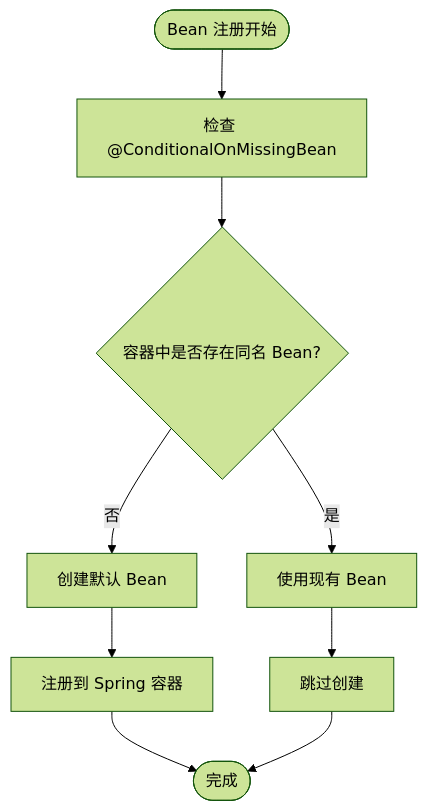
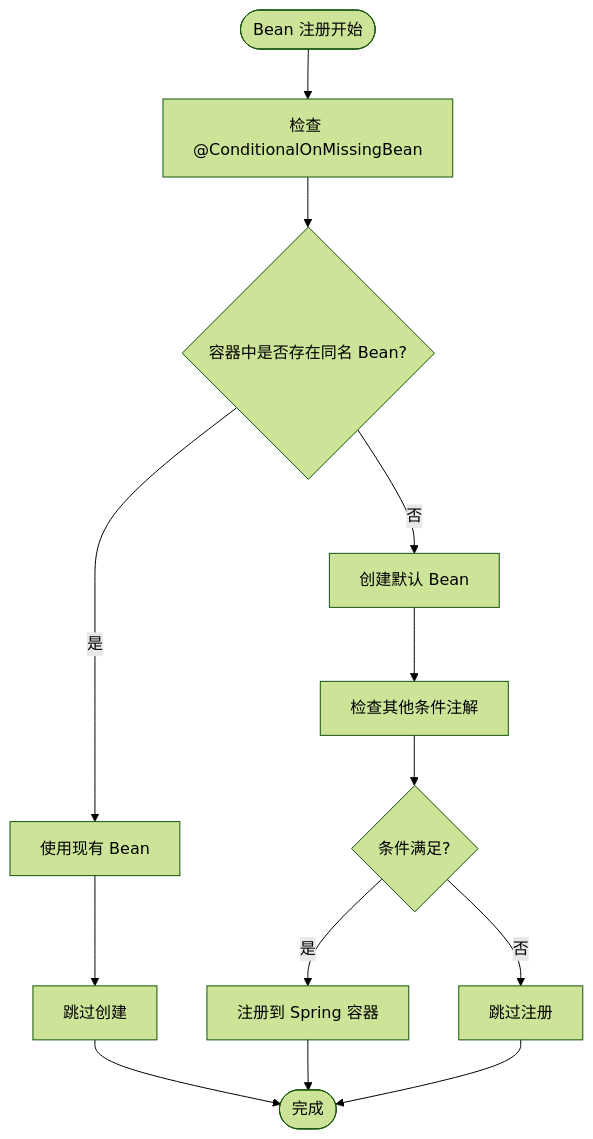
The eighth of 13 diagrams in .qoder/repowiki/zh/content/扩展点和自定义.md (hutengqi/molly), drawn with Mermaid (forest theme) before and after one commit. The commit also changed other lines of this file and 3 other files, not shown here.

````diff
--- a/.qoder/repowiki/zh/content/扩展点和自定义.md
+++ b/.qoder/repowiki/zh/content/扩展点和自定义.md
@@ -236,11 +352,15 @@
 ```mermaid
 flowchart TD
 Start([Bean 注册开始]) --> CheckCondition["检查 @ConditionalOnMissingBean"]
 CheckCondition --> BeanExists{"容器中是否存在同名 Bean?"}
 BeanExists --> |是| UseExisting["使用现有 Bean"]
 BeanExists --> |否| CreateDefault["创建默认 Bean"]
-CreateDefault --> RegisterBean["注册到 Spring 容器"]
+CreateDefault --> CheckConditions["检查其他条件注解"]
+CheckConditions --> ConditionsMet{"条件满足?"}
+ConditionsMet --> |是| RegisterBean["注册到 Spring 容器"]
+ConditionsMet --> |否| SkipRegistration["跳过注册"]
 UseExisting --> SkipCreation["跳过创建"]
 RegisterBean --> End([完成])
 SkipCreation --> End
+SkipRegistration --> End
 ```
````
